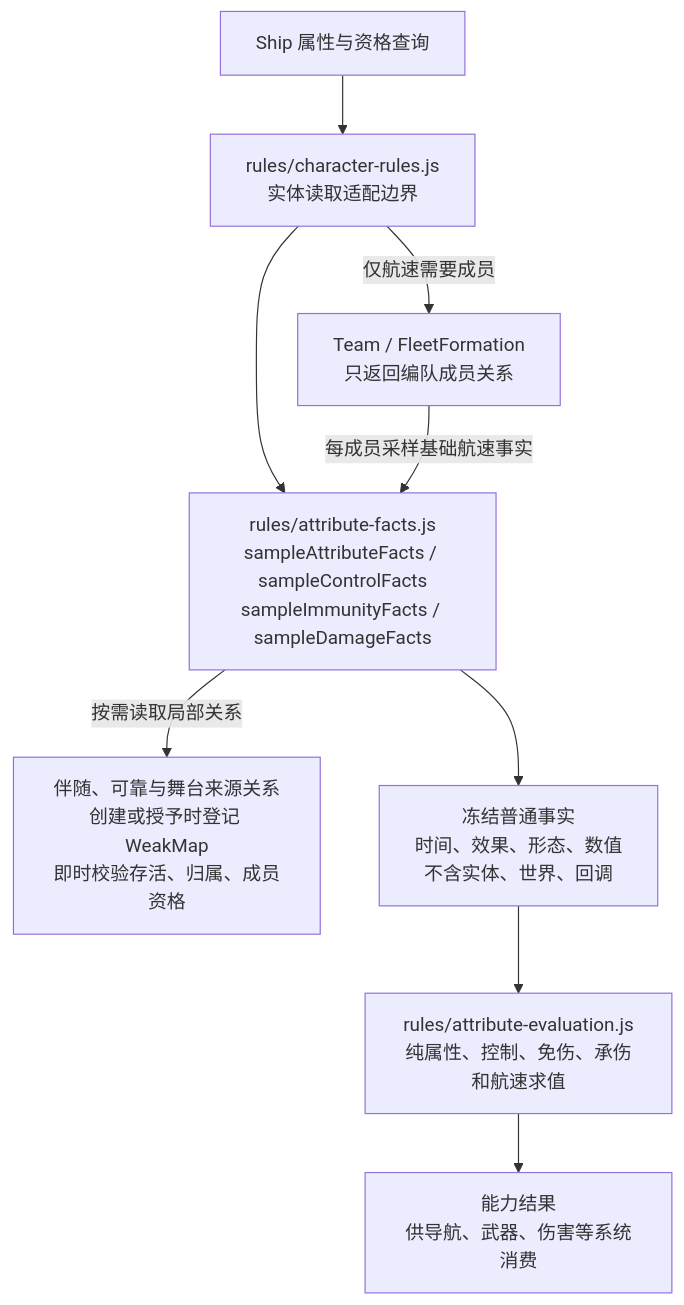
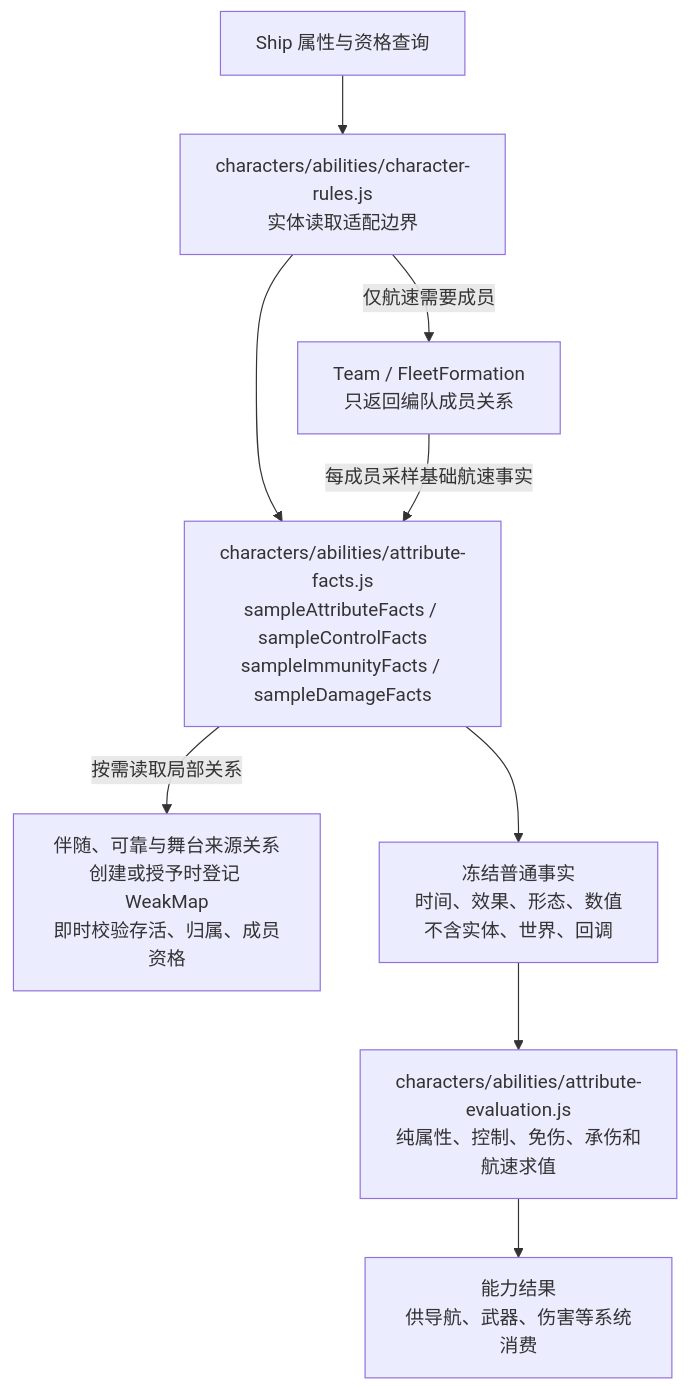
The seventh of 9 diagrams in docs/architecture-map.md (Haruhi-Labs/TDOS), drawn with Mermaid before and after one commit. The commit also changed other lines of this file and 270 other files, not shown here.

````diff
--- a/docs/architecture-map.md
+++ b/docs/architecture-map.md
@@ -360,17 +360,17 @@
 ```mermaid
 flowchart TB
   S["Ship 属性与资格查询"]
-  R["rules/character-rules.js<br/>实体读取适配边界"]
+  R["characters/abilities/character-rules.js<br/>实体读取适配边界"]
   M["Team / FleetFormation<br/>只返回编队成员关系"]
-  A["rules/attribute-facts.js<br/>sampleAttributeFacts / sampleControlFacts<br/>sampleImmunityFacts / sampleDamageFacts"]
+  A["characters/abilities/attribute-facts.js<br/>sampleAttributeFacts / sampleControlFacts<br/>sampleImmunityFacts / sampleDamageFacts"]
   REL["伴随、可靠与舞台来源关系<br/>创建或授予时登记 WeakMap<br/>即时校验存活、归属、成员资格"]
   FACT["冻结普通事实<br/>时间、效果、形态、数值<br/>不含实体、世界、回调"]
-  E["rules/attribute-evaluation.js<br/>纯属性、控制、免伤、承伤和航速求值"]
+  E["characters/abilities/attribute-evaluation.js<br/>纯属性、控制、免伤、承伤和航速求值"]
   OUT["能力结果<br/>供导航、武器、伤害等系统消费"]
   S --> R
   R -->|仅航速需要成员| M
   R --> A
   M -->|每成员采样基础航速事实| A
   A -->|按需读取局部关系| REL
   A --> FACT --> E --> OUT
 ```
````
